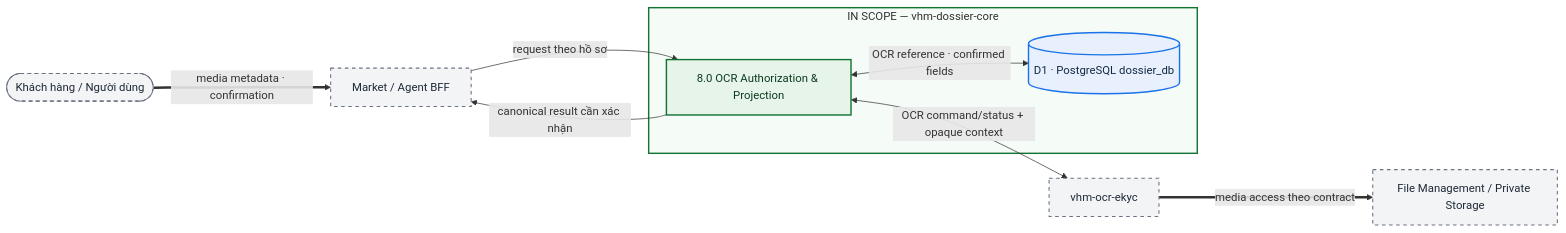
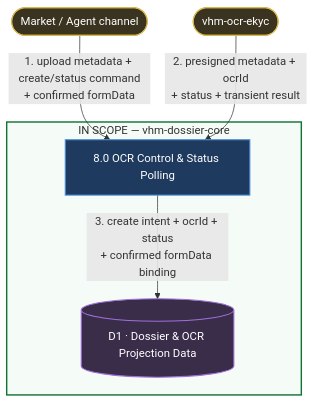
The eighth of 16 diagrams in tdd-dossier.md (huynv-xyz/vhm), drawn with Mermaid before and after one commit. The commit also changed other lines of this file, not shown here.

````diff
--- a/tdd-dossier.md
+++ b/tdd-dossier.md
@@ -819,29 +993,22 @@
 ```mermaid
-flowchart LR
-    classDef process fill:#E6F4EA,stroke:#137333,stroke-width:2px,color:#0D3B1E
-    classDef external fill:#F3F4F6,stroke:#6B7280,stroke-width:1.5px,stroke-dasharray:5 5,color:#1F2937
-    classDef store fill:#E8F0FE,stroke:#1A73E8,stroke-width:2px,color:#102A43
+flowchart TB
+    classDef process fill:#1F3A5F,stroke:#4A90D9,stroke-width:1.5px,color:#FFFFFF
+    classDef entity fill:#3A3320,stroke:#D9B84A,stroke-width:1.5px,color:#FFFFFF
+    classDef datastore fill:#3A2D4A,stroke:#A06FD9,stroke-width:1.5px,color:#FFFFFF
 
-    USER([Khách hàng / Người dùng])
-    BFF[Market / Agent BFF]
+    CHANNEL([Market / Agent channel]):::entity
+    OCR([vhm-ocr-ekyc]):::entity
 
     subgraph SCOPE[IN SCOPE — vhm-dossier-core]
-        P1[8.0 OCR Authorization & Projection]
-        D1[(D1 · PostgreSQL dossier_db)]
-        P1 <-->|OCR reference · confirmed fields| D1
+        P1[8.0 OCR Control & Status Polling]
+        D1[(D1 · Dossier & OCR Projection Data)]
     end
 
-    OCR[vhm-ocr-ekyc]
-    FILE[File Management / Private Storage]
-
-    USER ==>|media metadata · confirmation| BFF
-    BFF -->|request theo hồ sơ| P1
-    P1 <-->|OCR command/status + opaque context| OCR
-    OCR ==>|media access theo contract| FILE
-    P1 -->|canonical result cần xác nhận| BFF
+    CHANNEL -->|1. upload metadata + create/status command<br/>+ confirmed formData| P1
+    OCR -->|2. presigned metadata + ocrId<br/>+ status + transient result| P1
+    P1 -->|3. create intent + ocrId + status<br/>+ confirmed formData binding| D1
 
     class P1 process
-    class D1 store
-    class USER,BFF,OCR,FILE external
+    class D1 datastore
     style SCOPE fill:#F5FBF6,stroke:#137333,stroke-width:2px
 ```
````
